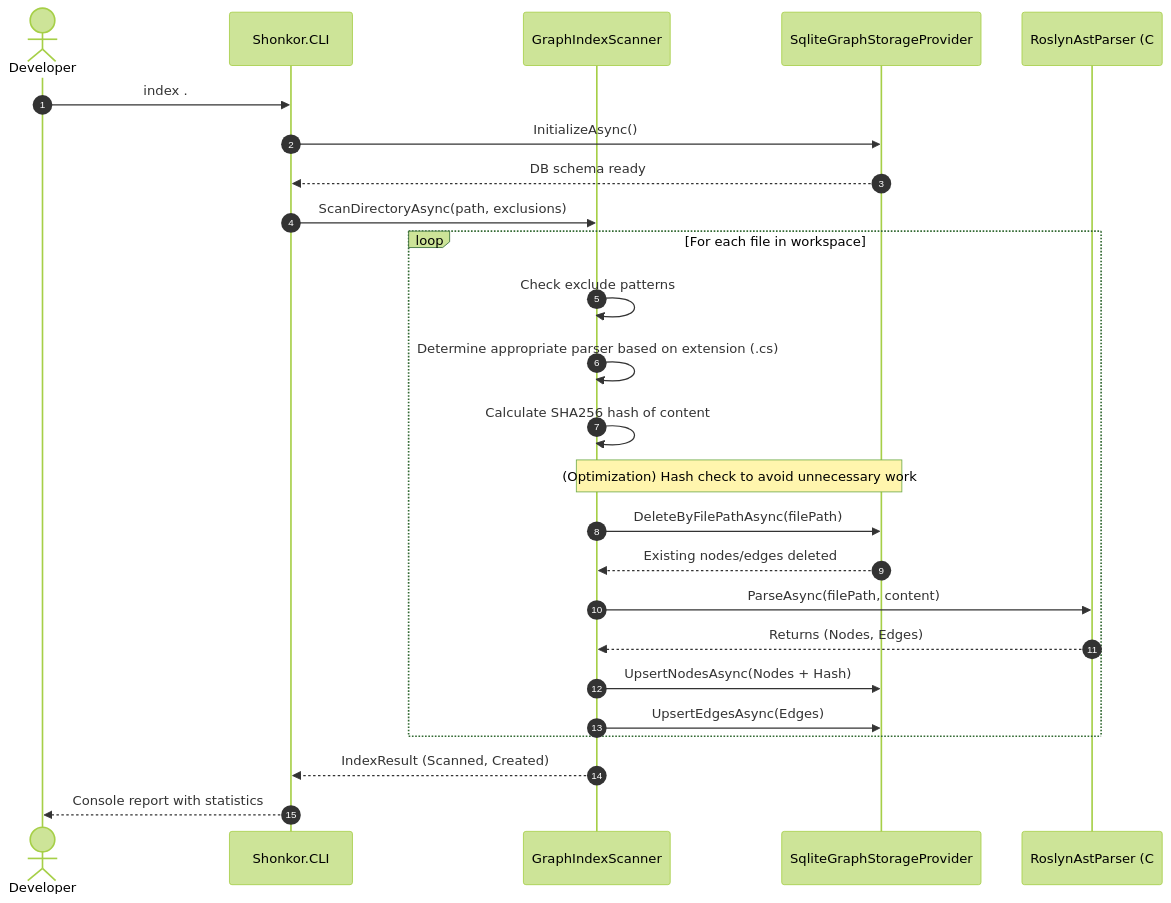
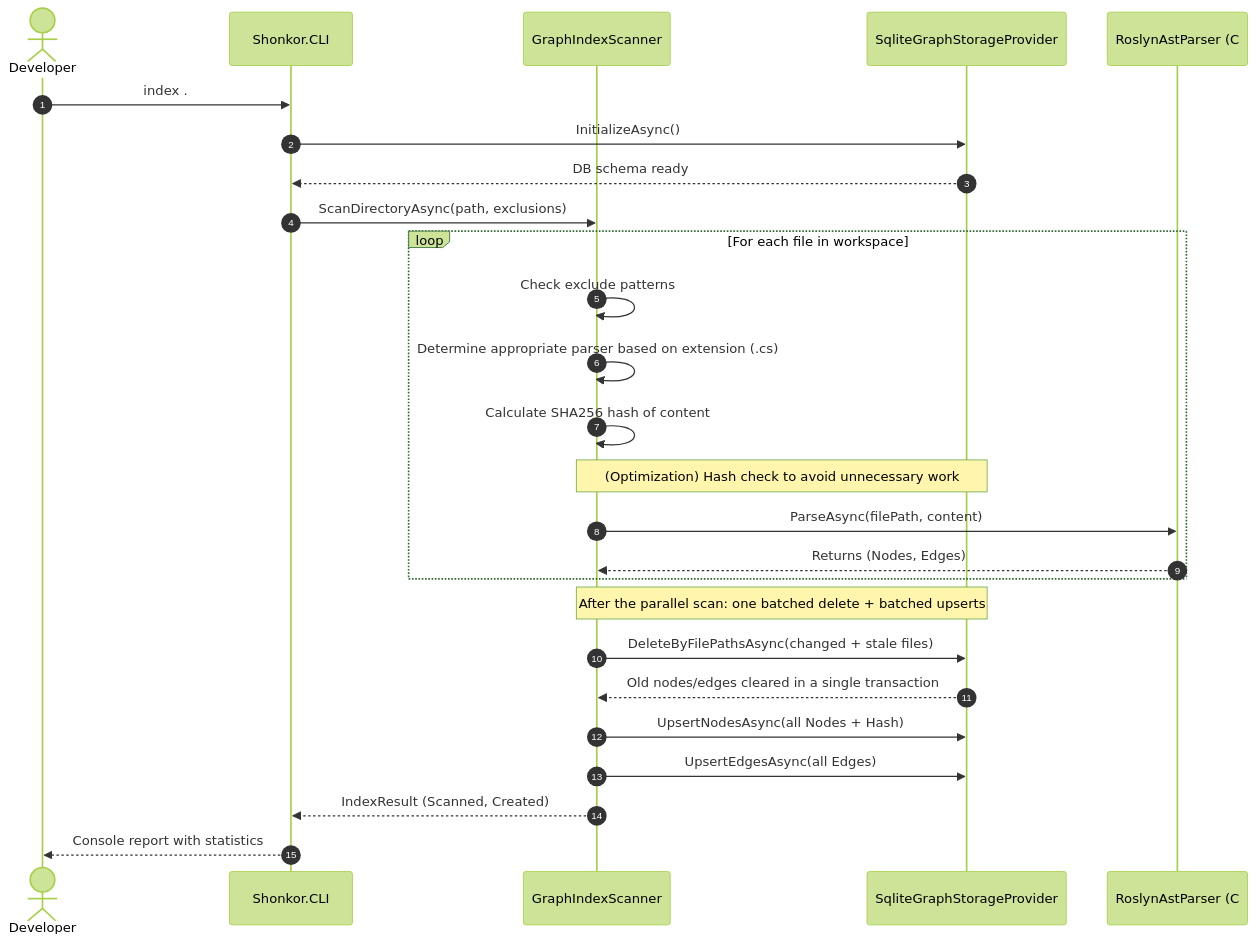
The first of 2 diagrams in docs/developer/arc42/06_runtime_view.md (MrNedimBoztepe/Shonkor), drawn with Mermaid (forest theme) before and after one commit. The commit also changed 5 other files, not shown here.

````diff
--- a/docs/developer/arc42/06_runtime_view.md
+++ b/docs/developer/arc42/06_runtime_view.md
@@ -11,34 +11,34 @@
 ```mermaid
 sequenceDiagram
     autonumber
     actor Dev as Developer
     participant CLI as Shonkor.CLI
     participant Scan as GraphIndexScanner
     participant Db as SqliteGraphStorageProvider
     participant Parser as RoslynAstParser (C#)
 
     Dev->>CLI: index .
     CLI->>Db: InitializeAsync()
     Db-->>CLI: DB schema ready
     CLI->>Scan: ScanDirectoryAsync(path, exclusions)
     
     loop For each file in workspace
         Scan->>Scan: Check exclude patterns
         Scan->>Scan: Determine appropriate parser based on extension (.cs)
         Scan->>Scan: Calculate SHA256 hash of content
         
         Note over Scan, Db: (Optimization) Hash check to avoid unnecessary work
         
-        Scan->>Db: DeleteByFilePathAsync(filePath)
-        Db-->>Scan: Existing nodes/edges deleted
-        
         Scan->>Parser: ParseAsync(filePath, content)
         Parser-->>Scan: Returns (Nodes, Edges)
-        
-        Scan->>Db: UpsertNodesAsync(Nodes + Hash)
-        Scan->>Db: UpsertEdgesAsync(Edges)
     end
+
+    Note over Scan, Db: After the parallel scan: one batched delete + batched upserts
+    Scan->>Db: DeleteByFilePathsAsync(changed + stale files)
+    Db-->>Scan: Old nodes/edges cleared in a single transaction
+    Scan->>Db: UpsertNodesAsync(all Nodes + Hash)
+    Scan->>Db: UpsertEdgesAsync(all Edges)
     
     Scan-->>CLI: IndexResult (Scanned, Created)
     CLI-->>Dev: Console report with statistics
 ```
````
